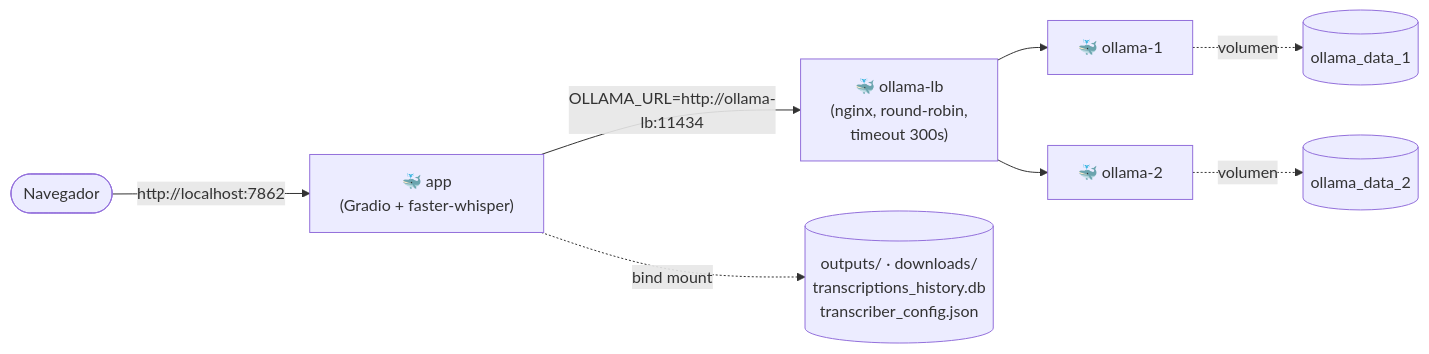
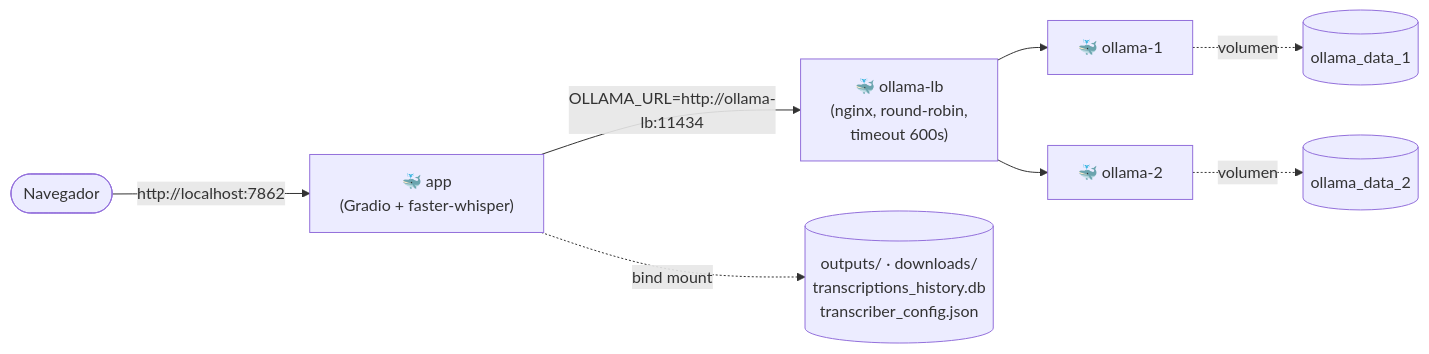
One commit to Tamborconpatas/ClaseAIdia changed the first of 3 diagrams in README.md. Above: the diagram before and after it, drawn with Mermaid. The commit also changed other lines of this file and 16 other files, not shown here.

````diff
--- a/README.md
+++ b/README.md
@@ -78,10 +85,10 @@
 ```mermaid
 flowchart LR
     U(["Navegador"]) -- "http://localhost:7862" --> APP["🐳 app<br/>(Gradio + faster-whisper)"]
-    APP -- "OLLAMA_URL=http://ollama-lb:11434" --> LB["🐳 ollama-lb<br/>(nginx, round-robin,<br/>timeout 300s)"]
+    APP -- "OLLAMA_URL=http://ollama-lb:11434" --> LB["🐳 ollama-lb<br/>(nginx, round-robin,<br/>timeout 600s)"]
     LB --> O1["🐳 ollama-1"]
     LB --> O2["🐳 ollama-2"]
     APP -.->|"bind mount"| DATA[("outputs/ · downloads/<br/>transcriptions_history.db<br/>transcriber_config.json")]
     O1 -.->|"volumen"| V1[("ollama_data_1")]
     O2 -.->|"volumen"| V2[("ollama_data_2")]
 ```
````
